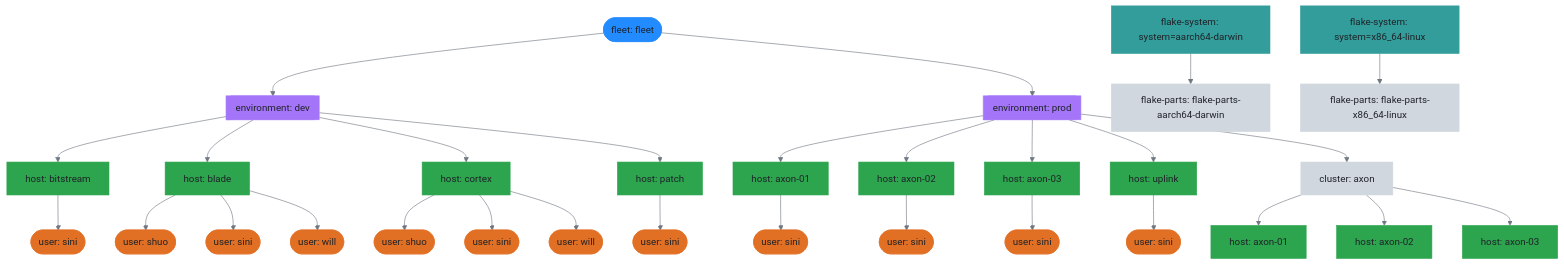
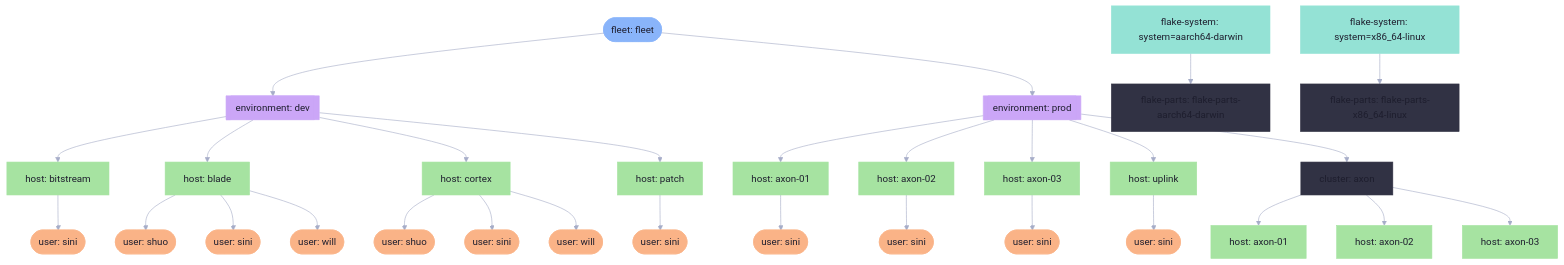
The diagram in diagrams/fleet/scope-topology.md (sini/nix-config), drawn with Mermaid before and after one commit. The commit also changed 142 other files, not shown here.

First line of the commit message:
feat(diagrams): use projectScope for per-host/user views

````diff
--- a/diagrams/fleet/scope-topology.md
+++ b/diagrams/fleet/scope-topology.md
@@ -5,5 +5,5 @@
 ```mermaid
-%%{init: {"theme":"base","themeVariables":{"activationBkgColor":"#d0d7de","activationBorderColor":"#8c959f","actorBkg":"#d0d7de","actorBorder":"#6e7781","actorLineColor":"#6e7781","actorTextColor":"#424a53","background":"#eaeef2","classText":"#424a53","clusterBkg":"#d0d7de","clusterBorder":"#8c959f","edgeLabelBackground":"#eaeef2","labelBoxBkgColor":"#d0d7de","labelBoxBorderColor":"#6e7781","labelTextColor":"#424a53","lineColor":"#6e7781","loopTextColor":"#424a53","mainBkg":"#d0d7de","nodeBkg":"#d0d7de","nodeBorder":"#6e7781","nodeTextColor":"#424a53","noteBkgColor":"#d0d7de","noteBorderColor":"#8c959f","noteTextColor":"#424a53","pie1":"#fa4549","pie2":"#e16f24","pie3":"#bf8700","pie4":"#2da44e","pie5":"#339D9B","pie6":"#218bff","pie7":"#a475f9","pie8":"#4d2d00","pieLegendTextColor":"#424a53","pieOuterStrokeColor":"#8c959f","pieSectionTextColor":"#424a53","pieStrokeColor":"#8c959f","pieTitleTextColor":"#424a53","primaryBorderColor":"#6e7781","primaryColor":"#d0d7de","primaryTextColor":"#424a53","secondBkg":"#d0d7de","secondaryBorderColor":"#8c959f","secondaryColor":"#d0d7de","secondaryTextColor":"#424a53","sequenceNumberColor":"#eaeef2","signalColor":"#6e7781","signalTextColor":"#424a53","tertiaryBorderColor":"#8c959f","tertiaryColor":"#d0d7de","tertiaryTextColor":"#424a53","textColor":"#424a53","titleColor":"#424a53"}}}%%
+%%{init: {"theme":"base","themeVariables":{"activationBkgColor":"#313244","activationBorderColor":"#6c7086","actorBkg":"#313244","actorBorder":"#a6adc8","actorLineColor":"#a6adc8","actorTextColor":"#cdd6f4","background":"#1e1e2e","classText":"#cdd6f4","clusterBkg":"#313244","clusterBorder":"#6c7086","edgeLabelBackground":"#1e1e2e","labelBoxBkgColor":"#313244","labelBoxBorderColor":"#a6adc8","labelTextColor":"#cdd6f4","lineColor":"#a6adc8","loopTextColor":"#cdd6f4","mainBkg":"#313244","nodeBkg":"#313244","nodeBorder":"#a6adc8","nodeTextColor":"#cdd6f4","noteBkgColor":"#313244","noteBorderColor":"#6c7086","noteTextColor":"#cdd6f4","pie1":"#f38ba8","pie2":"#fab387","pie3":"#f9e2af","pie4":"#a6e3a1","pie5":"#94e2d5","pie6":"#89b4fa","pie7":"#cba6f7","pie8":"#f2cdcd","pieLegendTextColor":"#cdd6f4","pieOuterStrokeColor":"#6c7086","pieSectionTextColor":"#cdd6f4","pieStrokeColor":"#6c7086","pieTitleTextColor":"#cdd6f4","primaryBorderColor":"#a6adc8","primaryColor":"#313244","primaryTextColor":"#cdd6f4","secondBkg":"#313244","secondaryBorderColor":"#6c7086","secondaryColor":"#313244","secondaryTextColor":"#cdd6f4","sequenceNumberColor":"#1e1e2e","signalColor":"#a6adc8","signalTextColor":"#cdd6f4","tertiaryBorderColor":"#6c7086","tertiaryColor":"#313244","tertiaryTextColor":"#cdd6f4","textColor":"#cdd6f4","titleColor":"#cdd6f4"}}}%%
 graph TD
   accessGroups__list_accessGroups__environment_dev_fleet_fleet_host_bitstream_secretsConfig__set_secretsConfig_["host: bitstream"]
   accessGroups__list_accessGroups__environment_dev_fleet_fleet_host_bitstream_secretsConfig__set_secretsConfig__user_sini(["user: sini"])
@@ -66,35 +66,35 @@
   system_aarch64_darwin --> flake_parts_flake_parts_aarch64_darwin_system_aarch64_darwin
   system_x86_64_linux --> flake_parts_flake_parts_x86_64_linux_system_x86_64_linux
 
-  style accessGroups__list_accessGroups__environment_dev_fleet_fleet_host_bitstream_secretsConfig__set_secretsConfig_ fill:#2da44e,stroke:#2da44e,color:#1f2328
-  style accessGroups__list_accessGroups__environment_dev_fleet_fleet_host_bitstream_secretsConfig__set_secretsConfig__user_sini fill:#e16f24,stroke:#e16f24,color:#1f2328
-  style accessGroups__list_accessGroups__environment_dev_fleet_fleet_host_blade_secretsConfig__set_secretsConfig_ fill:#2da44e,stroke:#2da44e,color:#1f2328
-  style accessGroups__list_accessGroups__environment_dev_fleet_fleet_host_blade_secretsConfig__set_secretsConfig__user_shuo fill:#e16f24,stroke:#e16f24,color:#1f2328
-  style accessGroups__list_accessGroups__environment_dev_fleet_fleet_host_blade_secretsConfig__set_secretsConfig__user_sini fill:#e16f24,stroke:#e16f24,color:#1f2328
-  style accessGroups__list_accessGroups__environment_dev_fleet_fleet_host_blade_secretsConfig__set_secretsConfig__user_will fill:#e16f24,stroke:#e16f24,color:#1f2328
-  style accessGroups__list_accessGroups__environment_dev_fleet_fleet_host_cortex_secretsConfig__set_secretsConfig_ fill:#2da44e,stroke:#2da44e,color:#1f2328
-  style accessGroups__list_accessGroups__environment_dev_fleet_fleet_host_cortex_secretsConfig__set_secretsConfig__user_shuo fill:#e16f24,stroke:#e16f24,color:#1f2328
-  style accessGroups__list_accessGroups__environment_dev_fleet_fleet_host_cortex_secretsConfig__set_secretsConfig__user_sini fill:#e16f24,stroke:#e16f24,color:#1f2328
-  style accessGroups__list_accessGroups__environment_dev_fleet_fleet_host_cortex_secretsConfig__set_secretsConfig__user_will fill:#e16f24,stroke:#e16f24,color:#1f2328
-  style accessGroups__list_accessGroups__environment_dev_fleet_fleet_host_patch_secretsConfig__set_secretsConfig_ fill:#2da44e,stroke:#2da44e,color:#1f2328
-  style accessGroups__list_accessGroups__environment_dev_fleet_fleet_host_patch_secretsConfig__set_secretsConfig__user_sini fill:#e16f24,stroke:#e16f24,color:#1f2328
-  style accessGroups__list_accessGroups__environment_prod_fleet_fleet_host_axon_01_secretsConfig__set_secretsConfig_ fill:#2da44e,stroke:#2da44e,color:#1f2328
-  style accessGroups__list_accessGroups__environment_prod_fleet_fleet_host_axon_01_secretsConfig__set_secretsConfig__user_sini fill:#e16f24,stroke:#e16f24,color:#1f2328
-  style accessGroups__list_accessGroups__environment_prod_fleet_fleet_host_axon_02_secretsConfig__set_secretsConfig_ fill:#2da44e,stroke:#2da44e,color:#1f2328
-  style accessGroups__list_accessGroups__environment_prod_fleet_fleet_host_axon_02_secretsConfig__set_secretsConfig__user_sini fill:#e16f24,stroke:#e16f24,color:#1f2328
-  style accessGroups__list_accessGroups__environment_prod_fleet_fleet_host_axon_03_secretsConfig__set_secretsConfig_ fill:#2da44e,stroke:#2da44e,color:#1f2328
-  style accessGroups__list_accessGroups__environment_prod_fleet_fleet_host_axon_03_secretsConfig__set_secretsConfig__user_sini fill:#e16f24,stroke:#e16f24,color:#1f2328
-  style accessGroups__list_accessGroups__environment_prod_fleet_fleet_host_uplink_secretsConfig__set_secretsConfig_ fill:#2da44e,stroke:#2da44e,color:#1f2328
-  style accessGroups__list_accessGroups__environment_prod_fleet_fleet_host_uplink_secretsConfig__set_secretsConfig__user_sini fill:#e16f24,stroke:#e16f24,color:#1f2328
-  style cluster_axon_environment_prod_fleet_fleet_host_axon_01_secretsConfig__set_secretsConfig_ fill:#2da44e,stroke:#2da44e,color:#1f2328
-  style cluster_axon_environment_prod_fleet_fleet_host_axon_02_secretsConfig__set_secretsConfig_ fill:#2da44e,stroke:#2da44e,color:#1f2328
-  style cluster_axon_environment_prod_fleet_fleet_host_axon_03_secretsConfig__set_secretsConfig_ fill:#2da44e,stroke:#2da44e,color:#1f2328
-  style cluster_axon_environment_prod_fleet_fleet_secretsConfig__set_secretsConfig_ fill:#d0d7de,stroke:#d0d7de,color:#1f2328
-  style environment_dev_fleet_fleet_secretsConfig__set_secretsConfig_ fill:#a475f9,stroke:#a475f9,color:#1f2328
-  style environment_prod_fleet_fleet_secretsConfig__set_secretsConfig_ fill:#a475f9,stroke:#a475f9,color:#1f2328
-  style flake_parts_flake_parts_aarch64_darwin_system_aarch64_darwin fill:#d0d7de,stroke:#d0d7de,color:#1f2328
-  style flake_parts_flake_parts_x86_64_linux_system_x86_64_linux fill:#d0d7de,stroke:#d0d7de,color:#1f2328
-  style fleet_fleet_secretsConfig__set_secretsConfig_ fill:#218bff,stroke:#218bff,color:#1f2328
-  style system_aarch64_darwin fill:#339D9B,stroke:#339D9B,color:#1f2328
-  style system_x86_64_linux fill:#339D9B,stroke:#339D9B,color:#1f2328
+  style accessGroups__list_accessGroups__environment_dev_fleet_fleet_host_bitstream_secretsConfig__set_secretsConfig_ fill:#a6e3a1,stroke:#a6e3a1,color:#1e1e2e
+  style accessGroups__list_accessGroups__environment_dev_fleet_fleet_host_bitstream_secretsConfig__set_secretsConfig__user_sini fill:#fab387,stroke:#fab387,color:#1e1e2e
+  style accessGroups__list_accessGroups__environment_dev_fleet_fleet_host_blade_secretsConfig__set_secretsConfig_ fill:#a6e3a1,stroke:#a6e3a1,color:#1e1e2e
+  style accessGroups__list_accessGroups__environment_dev_fleet_fleet_host_blade_secretsConfig__set_secretsConfig__user_shuo fill:#fab387,stroke:#fab387,color:#1e1e2e
+  style accessGroups__list_accessGroups__environment_dev_fleet_fleet_host_blade_secretsConfig__set_secretsConfig__user_sini fill:#fab387,stroke:#fab387,color:#1e1e2e
+  style accessGroups__list_accessGroups__environment_dev_fleet_fleet_host_blade_secretsConfig__set_secretsConfig__user_will fill:#fab387,stroke:#fab387,color:#1e1e2e
+  style accessGroups__list_accessGroups__environment_dev_fleet_fleet_host_cortex_secretsConfig__set_secretsConfig_ fill:#a6e3a1,stroke:#a6e3a1,color:#1e1e2e
+  style accessGroups__list_accessGroups__environment_dev_fleet_fleet_host_cortex_secretsConfig__set_secretsConfig__user_shuo fill:#fab387,stroke:#fab387,color:#1e1e2e
+  style accessGroups__list_accessGroups__environment_dev_fleet_fleet_host_cortex_secretsConfig__set_secretsConfig__user_sini fill:#fab387,stroke:#fab387,color:#1e1e2e
+  style accessGroups__list_accessGroups__environment_dev_fleet_fleet_host_cortex_secretsConfig__set_secretsConfig__user_will fill:#fab387,stroke:#fab387,color:#1e1e2e
+  style accessGroups__list_accessGroups__environment_dev_fleet_fleet_host_patch_secretsConfig__set_secretsConfig_ fill:#a6e3a1,stroke:#a6e3a1,color:#1e1e2e
+  style accessGroups__list_accessGroups__environment_dev_fleet_fleet_host_patch_secretsConfig__set_secretsConfig__user_sini fill:#fab387,stroke:#fab387,color:#1e1e2e
+  style accessGroups__list_accessGroups__environment_prod_fleet_fleet_host_axon_01_secretsConfig__set_secretsConfig_ fill:#a6e3a1,stroke:#a6e3a1,color:#1e1e2e
+  style accessGroups__list_accessGroups__environment_prod_fleet_fleet_host_axon_01_secretsConfig__set_secretsConfig__user_sini fill:#fab387,stroke:#fab387,color:#1e1e2e
+  style accessGroups__list_accessGroups__environment_prod_fleet_fleet_host_axon_02_secretsConfig__set_secretsConfig_ fill:#a6e3a1,stroke:#a6e3a1,color:#1e1e2e
+  style accessGroups__list_accessGroups__environment_prod_fleet_fleet_host_axon_02_secretsConfig__set_secretsConfig__user_sini fill:#fab387,stroke:#fab387,color:#1e1e2e
+  style accessGroups__list_accessGroups__environment_prod_fleet_fleet_host_axon_03_secretsConfig__set_secretsConfig_ fill:#a6e3a1,stroke:#a6e3a1,color:#1e1e2e
+  style accessGroups__list_accessGroups__environment_prod_fleet_fleet_host_axon_03_secretsConfig__set_secretsConfig__user_sini fill:#fab387,stroke:#fab387,color:#1e1e2e
+  style accessGroups__list_accessGroups__environment_prod_fleet_fleet_host_uplink_secretsConfig__set_secretsConfig_ fill:#a6e3a1,stroke:#a6e3a1,color:#1e1e2e
+  style accessGroups__list_accessGroups__environment_prod_fleet_fleet_host_uplink_secretsConfig__set_secretsConfig__user_sini fill:#fab387,stroke:#fab387,color:#1e1e2e
+  style cluster_axon_environment_prod_fleet_fleet_host_axon_01_secretsConfig__set_secretsConfig_ fill:#a6e3a1,stroke:#a6e3a1,color:#1e1e2e
+  style cluster_axon_environment_prod_fleet_fleet_host_axon_02_secretsConfig__set_secretsConfig_ fill:#a6e3a1,stroke:#a6e3a1,color:#1e1e2e
+  style cluster_axon_environment_prod_fleet_fleet_host_axon_03_secretsConfig__set_secretsConfig_ fill:#a6e3a1,stroke:#a6e3a1,color:#1e1e2e
+  style cluster_axon_environment_prod_fleet_fleet_secretsConfig__set_secretsConfig_ fill:#313244,stroke:#313244,color:#1e1e2e
+  style environment_dev_fleet_fleet_secretsConfig__set_secretsConfig_ fill:#cba6f7,stroke:#cba6f7,color:#1e1e2e
+  style environment_prod_fleet_fleet_secretsConfig__set_secretsConfig_ fill:#cba6f7,stroke:#cba6f7,color:#1e1e2e
+  style flake_parts_flake_parts_aarch64_darwin_system_aarch64_darwin fill:#313244,stroke:#313244,color:#1e1e2e
+  style flake_parts_flake_parts_x86_64_linux_system_x86_64_linux fill:#313244,stroke:#313244,color:#1e1e2e
+  style fleet_fleet_secretsConfig__set_secretsConfig_ fill:#89b4fa,stroke:#89b4fa,color:#1e1e2e
+  style system_aarch64_darwin fill:#94e2d5,stroke:#94e2d5,color:#1e1e2e
+  style system_x86_64_linux fill:#94e2d5,stroke:#94e2d5,color:#1e1e2e
 ```
````
